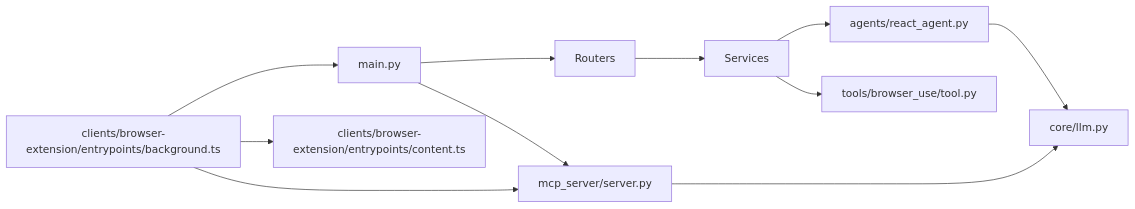
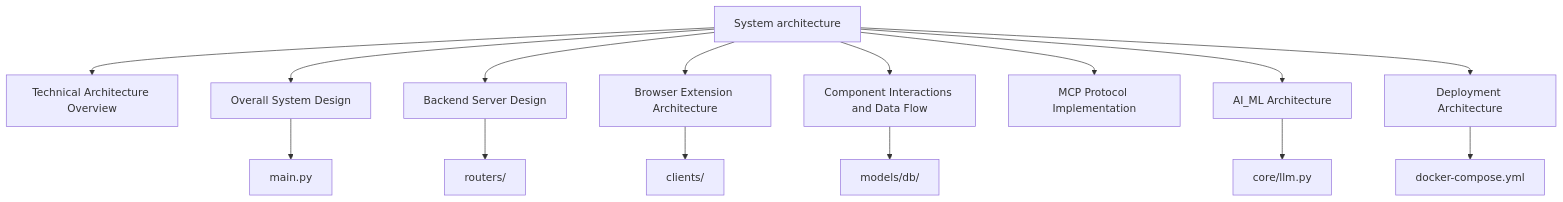
Before and after one commit to tashifkhan/tashif.codes: the fifth of 5 diagrams in src/data/docs/agentic-browser/System Architecture/System Architecture.md, drawn with Mermaid. The commit also changed other lines of this file and 114 other files, not shown here.

````diff
--- a/src/data/docs/agentic-browser/System Architecture/System Architecture.md
+++ b/src/data/docs/agentic-browser/System Architecture/System Architecture.md
@@ -223,13 +151,17 @@
 ```mermaid
-graph LR
-MAIN["main.py"] --> MCP["mcp_server/server.py"]
-MAIN --> ROUTERS["Routers"]
-ROUTERS --> SRV["Services"]
-SRV --> AG["agents/react_agent.py"]
-SRV --> TOOL["tools/browser_use/tool.py"]
-AG --> LLM["core/llm.py"]
-MCP --> LLM
-BG["clients/browser-extension/entrypoints/background.ts"] --> MCP
-BG --> MAIN
-BG --> CT["clients/browser-extension/entrypoints/content.ts"]
+graph TB
+  Index["System architecture"] --> Tech["Technical Architecture Overview"]
+  Index --> Sys["Overall System Design"]
+  Index --> Back["Backend Server Design"]
+  Index --> Front["Browser Extension Architecture"]
+  Index --> Flow["Component Interactions and Data Flow"]
+  Index --> MCP["MCP Protocol Implementation"]
+  Index --> AI["AI_ML Architecture"]
+  Index --> Deploy["Deployment Architecture"]
+  Sys --> Main["main.py"]
+  Back --> Routers["routers/"]
+  Front --> Clients["clients/"]
+  Flow --> DB["models/db/"]
+  AI --> LLM["core/llm.py"]
+  Deploy --> Compose["docker-compose.yml"]
 ```
````
